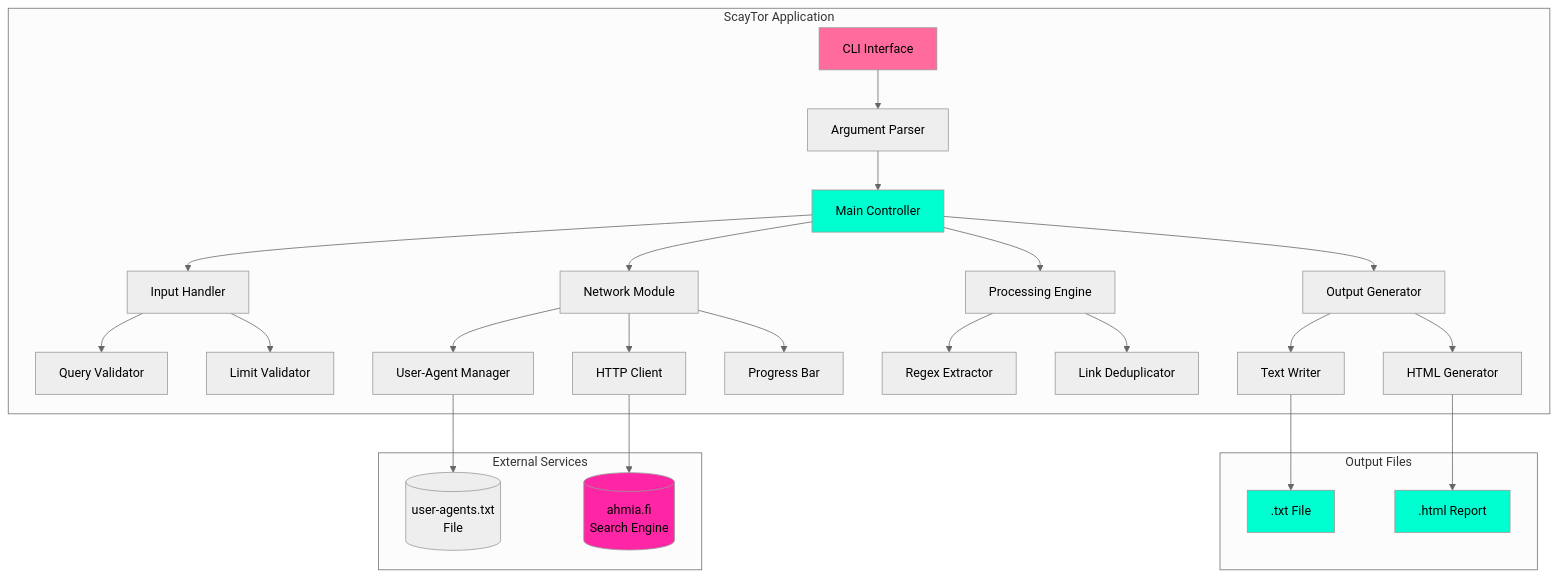
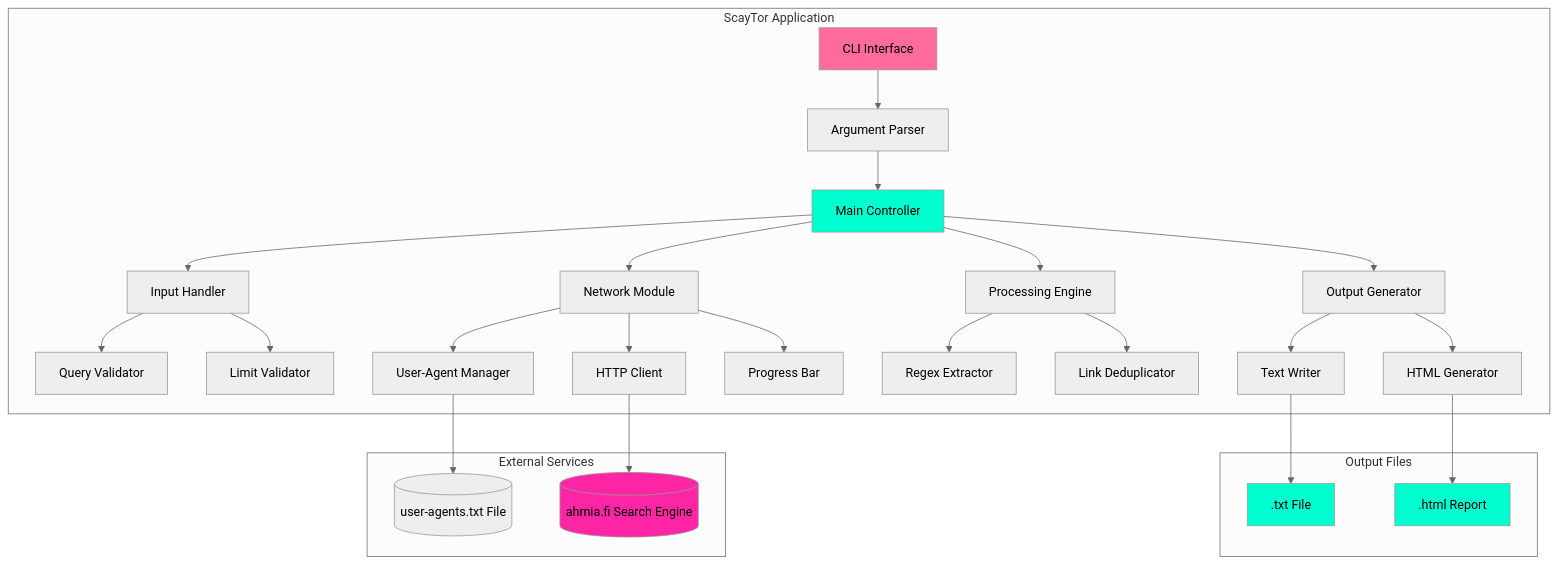
Before and after one commit to Scayar/ScayTor: the first of 6 diagrams in README.md, drawn with Mermaid (neutral theme).

Commit message:
Fix System Architecture Mermaid diagram syntax

````diff
--- a/README.md
+++ b/README.md
@@ -82,46 +82,46 @@
 ```mermaid
 graph TB
-    subgraph "ScayTor Application"
+    subgraph App["ScayTor Application"]
         A[CLI Interface] --> B[Argument Parser]
         B --> C[Main Controller]
         C --> D[Input Handler]
         C --> E[Network Module]
         C --> F[Processing Engine]
         
         D --> G[Query Validator]
         D --> H[Limit Validator]
         
         E --> I[User-Agent Manager]
         E --> J[HTTP Client]
         E --> K[Progress Bar]
         
         F --> L[Regex Extractor]
         F --> M[Link Deduplicator]
         
         C --> N[Output Generator]
         N --> O[Text Writer]
         N --> P[HTML Generator]
     end
     
-    subgraph "External Services"
-        Q[(ahmia.fi<br/>Search Engine)]
-        R[(user-agents.txt<br/>File)]
+    subgraph Ext["External Services"]
+        Q[("ahmia.fi Search Engine")]
+        R[("user-agents.txt File")]
     end
     
     J --> Q
     I --> R
     
-    subgraph "Output Files"
+    subgraph Out["Output Files"]
         S[.txt File]
         T[.html Report]
     end
     
     O --> S
     P --> T
     
     style A fill:#ff6b9d
     style C fill:#00ffd0
     style Q fill:#ff26a6
     style S fill:#00ffd0
     style T fill:#00ffd0
 ```
````
